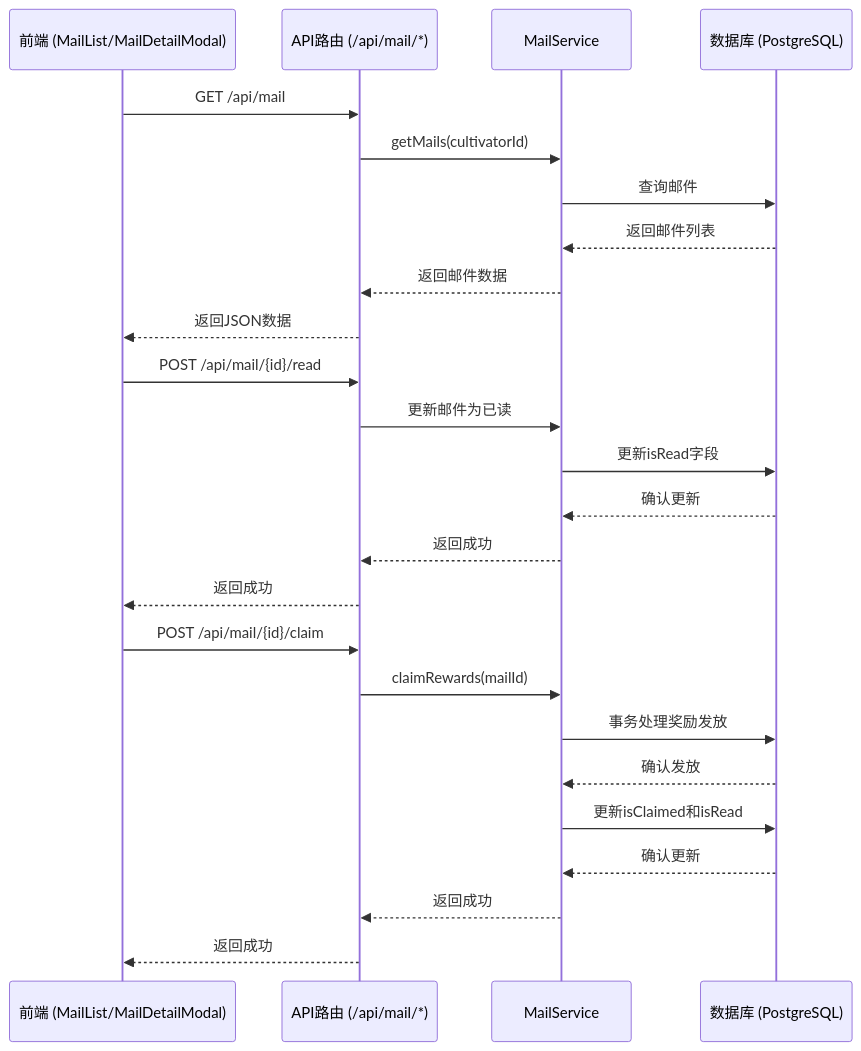
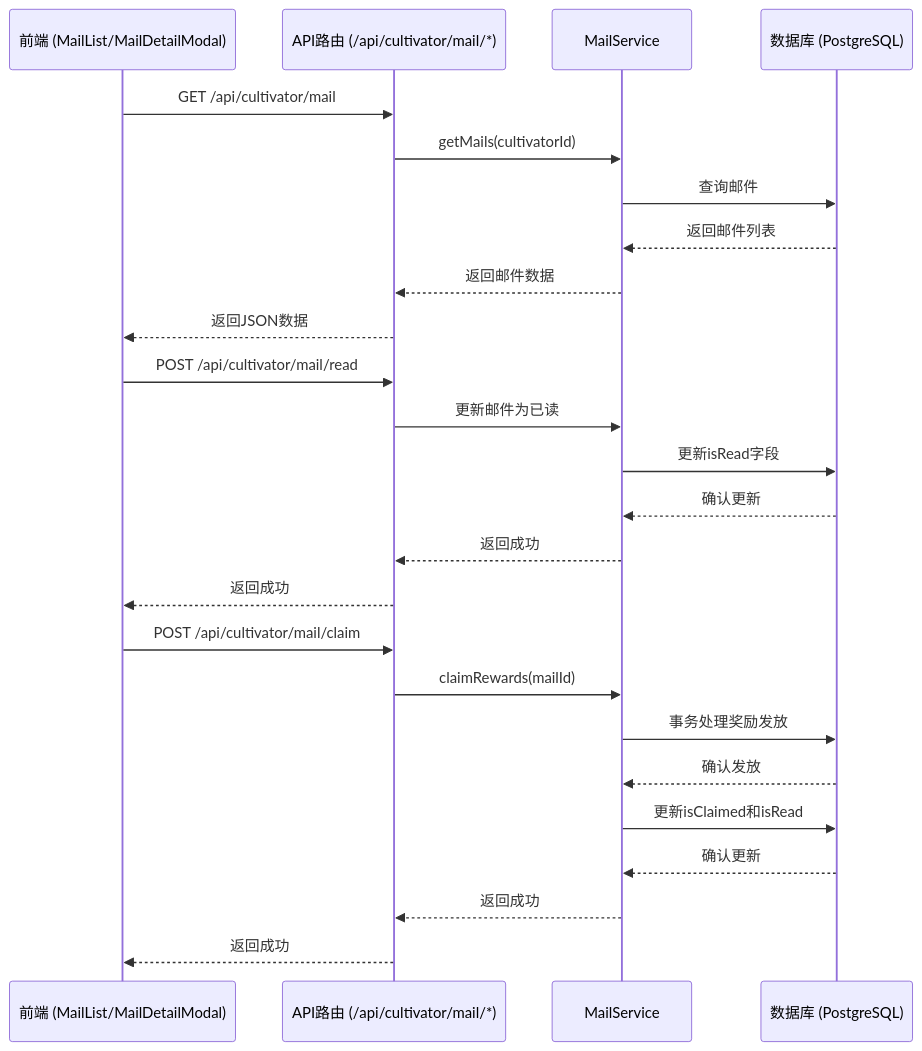
One commit to ChurchTao/Daoyou changed the second of 6 diagrams in .qoder/repowiki/zh/content/核心功能模块/邮件系统.md. Above: the diagram before and after it, drawn with Mermaid. The commit also changed other lines of this file and 41 other files, not shown here.

````diff
--- a/.qoder/repowiki/zh/content/核心功能模块/邮件系统.md
+++ b/.qoder/repowiki/zh/content/核心功能模块/邮件系统.md
@@ -96,27 +104,27 @@
 ```mermaid
 sequenceDiagram
 participant 前端 as 前端 (MailList/MailDetailModal)
-participant API as API路由 (/api/mail/*)
+participant API as API路由 (/api/cultivator/mail/*)
 participant 服务 as MailService
 participant 数据库 as 数据库 (PostgreSQL)
-前端->>API : GET /api/mail
+前端->>API : GET /api/cultivator/mail
 API->>服务 : getMails(cultivatorId)
 服务->>数据库 : 查询邮件
 数据库-->>服务 : 返回邮件列表
 服务-->>API : 返回邮件数据
 API-->>前端 : 返回JSON数据
-前端->>API : POST /api/mail/{id}/read
+前端->>API : POST /api/cultivator/mail/read
 API->>服务 : 更新邮件为已读
 服务->>数据库 : 更新isRead字段
 数据库-->>服务 : 确认更新
 服务-->>API : 返回成功
 API-->>前端 : 返回成功
-前端->>API : POST /api/mail/{id}/claim
+前端->>API : POST /api/cultivator/mail/claim
 API->>服务 : claimRewards(mailId)
 服务->>数据库 : 事务处理奖励发放
 数据库-->>服务 : 确认发放
 服务->>数据库 : 更新isClaimed和isRead
 数据库-->>服务 : 确认更新
 服务-->>API : 返回成功
 API-->>前端 : 返回成功
 ```
````
